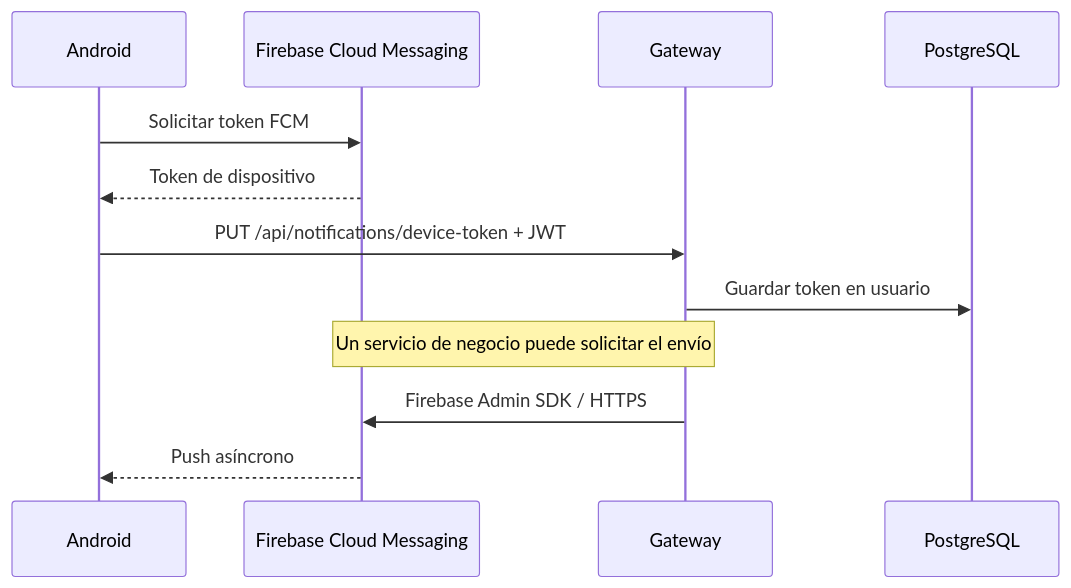
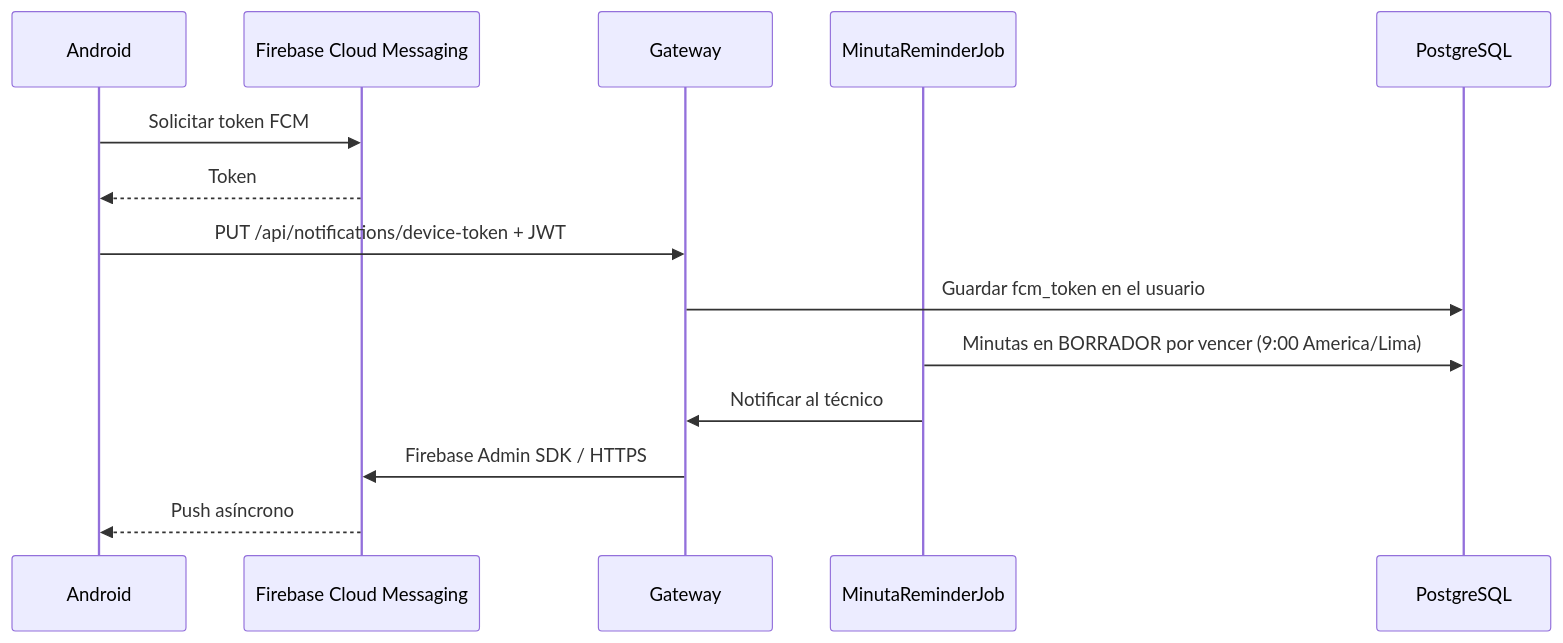
One commit to jagarell/AsistenteRedIDBI changed the third of 3 diagrams in docs/architecture/data-flow.md. Above: the diagram before and after it, drawn with Mermaid. The commit also changed other lines of this file and 14 other files, not shown here.

````diff
--- a/docs/architecture/data-flow.md
+++ b/docs/architecture/data-flow.md
@@ -130,15 +127,17 @@
 ```mermaid
 sequenceDiagram
     participant A as Android
     participant F as Firebase Cloud Messaging
     participant G as Gateway
+    participant J as MinutaReminderJob
     participant DB as PostgreSQL
 
     A->>F: Solicitar token FCM
-    F-->>A: Token de dispositivo
+    F-->>A: Token
     A->>G: PUT /api/notifications/device-token + JWT
-    G->>DB: Guardar token en usuario
-    Note over G,F: Un servicio de negocio puede solicitar el envío
+    G->>DB: Guardar fcm_token en el usuario
+    J->>DB: Minutas en BORRADOR por vencer (9:00 America/Lima)
+    J->>G: Notificar al técnico
     G->>F: Firebase Admin SDK / HTTPS
     F-->>A: Push asíncrono
 ```
````
